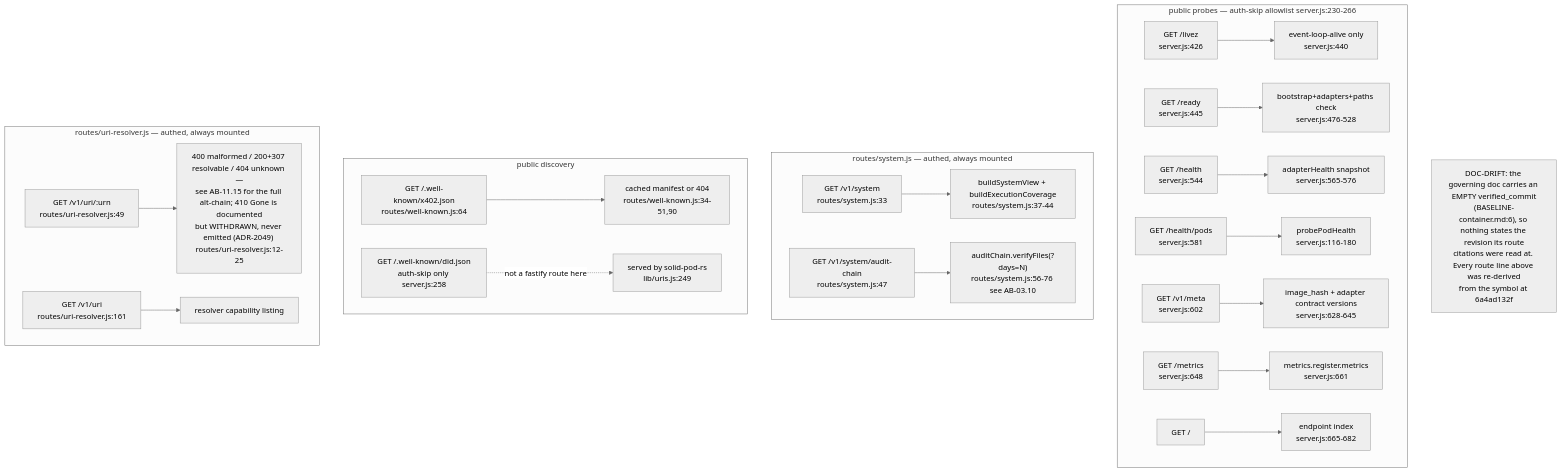
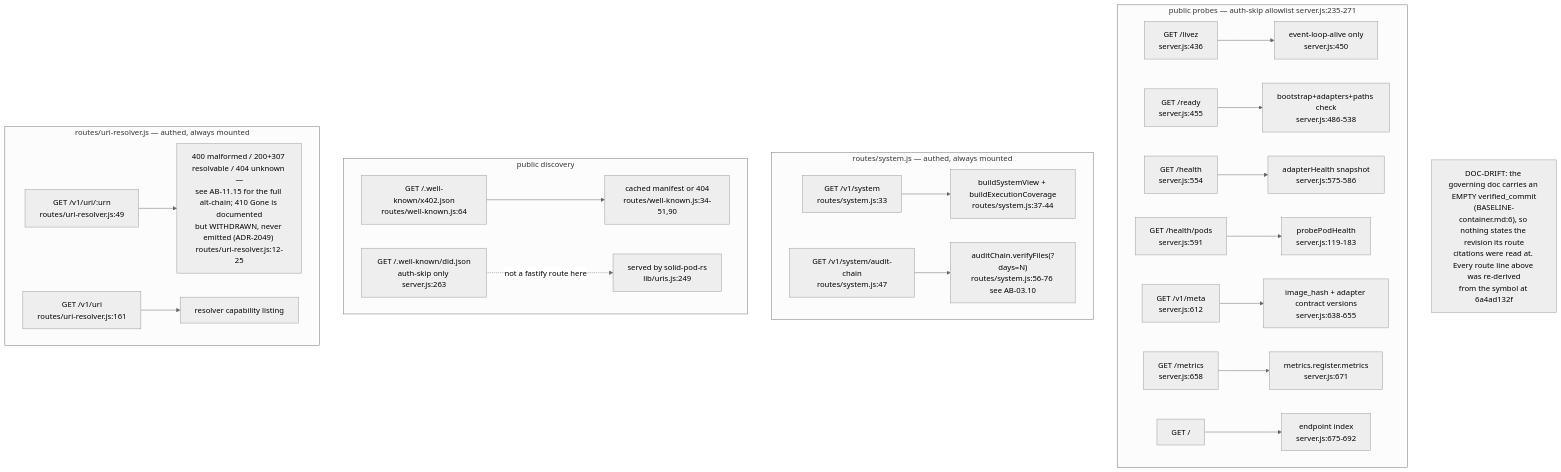
One commit to DreamLab-AI/VisionFlow changed the sixth of 17 diagrams in docs/diagrams/agentbox/03-management-api-request-lifecycle.md. Above: the diagram before and after it, drawn with Mermaid (neutral theme). The commit also changed other lines of this file and 94 other files, not shown here.

First line of the commit message:
docs(diagrams): re-verify 130 topics against 2 October HEADs

````diff
--- a/docs/diagrams/agentbox/03-management-api-request-lifecycle.md
+++ b/docs/diagrams/agentbox/03-management-api-request-lifecycle.md
@@ -272,25 +272,25 @@
 ```mermaid
 flowchart TD
-    subgraph probes["public probes — auth-skip allowlist server.js:230-266"]
-        A1["GET /livez<br/>server.js:426"] --> H1["event-loop-alive only<br/>server.js:440"]
-        A2["GET /ready<br/>server.js:445"] --> H2["bootstrap+adapters+paths check<br/>server.js:476-528"]
-        A3["GET /health<br/>server.js:544"] --> H3["adapterHealth snapshot<br/>server.js:565-576"]
-        A4["GET /health/pods<br/>server.js:581"] --> H4["probePodHealth<br/>server.js:116-180"]
-        A5["GET /v1/meta<br/>server.js:602"] --> H5["image_hash + adapter contract versions<br/>server.js:628-645"]
-        A6["GET /metrics<br/>server.js:648"] --> H6["metrics.register.metrics<br/>server.js:661"]
-        A7["GET /"] --> H7["endpoint index<br/>server.js:665-682"]
+    subgraph probes["public probes — auth-skip allowlist server.js:235-271"]
+        A1["GET /livez<br/>server.js:436"] --> H1["event-loop-alive only<br/>server.js:450"]
+        A2["GET /ready<br/>server.js:455"] --> H2["bootstrap+adapters+paths check<br/>server.js:486-538"]
+        A3["GET /health<br/>server.js:554"] --> H3["adapterHealth snapshot<br/>server.js:575-586"]
+        A4["GET /health/pods<br/>server.js:591"] --> H4["probePodHealth<br/>server.js:119-183"]
+        A5["GET /v1/meta<br/>server.js:612"] --> H5["image_hash + adapter contract versions<br/>server.js:638-655"]
+        A6["GET /metrics<br/>server.js:658"] --> H6["metrics.register.metrics<br/>server.js:671"]
+        A7["GET /"] --> H7["endpoint index<br/>server.js:675-692"]
     end
     subgraph sysroutes["routes/system.js — authed, always mounted"]
         B1["GET /v1/system<br/>routes/system.js:33"] --> HB1["buildSystemView + buildExecutionCoverage<br/>routes/system.js:37-44"]
         B2["GET /v1/system/audit-chain<br/>routes/system.js:47"] --> HB2["auditChain.verifyFiles(?days=N)<br/>routes/system.js:56-76 see AB-03.10"]
     end
     subgraph wellknown["public discovery"]
         C1["GET /.well-known/x402.json<br/>routes/well-known.js:64"] --> HC1["cached manifest or 404<br/>routes/well-known.js:34-51,90"]
-        C2["GET /.well-known/did.json<br/>auth-skip only server.js:258"] -.->|"not a fastify route here"| HC2["served by solid-pod-rs<br/>lib/uris.js:249"]
+        C2["GET /.well-known/did.json<br/>auth-skip only server.js:263"] -.->|"not a fastify route here"| HC2["served by solid-pod-rs<br/>lib/uris.js:249"]
     end
     subgraph uri["routes/uri-resolver.js — authed, always mounted"]
         D1["GET /v1/uri/:urn<br/>routes/uri-resolver.js:49"] --> HD1["400 malformed / 200+307 resolvable / 404 unknown —<br/>see AB-11.15 for the full alt-chain; 410 Gone is documented<br/>but WITHDRAWN, never emitted (ADR-2049) routes/uri-resolver.js:12-25"]
         D2["GET /v1/uri<br/>routes/uri-resolver.js:161"] --> HD2["resolver capability listing"]
     end
     Note1["DOC-DRIFT: the governing doc carries an EMPTY verified_commit<br/>(BASELINE-container.md:6), so nothing states the revision its route<br/>citations were read at. Every route line above was re-derived<br/>from the symbol at 6a4ad132f"]
 ```
````
